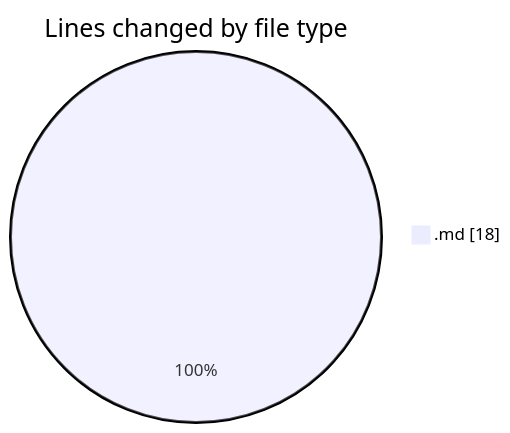
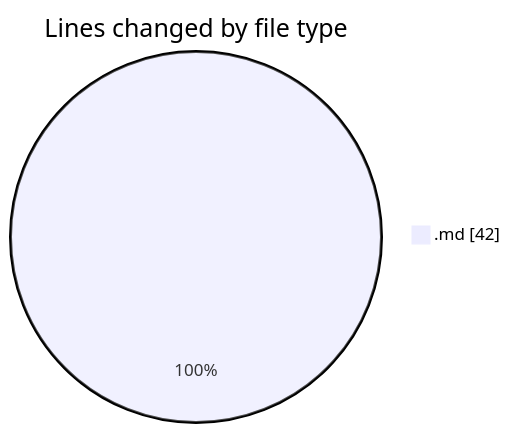
Before and after one commit to EIIisD/code-tracking: the first of 2 diagrams in 2025-07-30/ellis-donovan/README.md, drawn with Mermaid. The commit also changed other lines of this file and 1 other file, not shown here.

````diff
--- a/2025-07-30/ellis-donovan/README.md
+++ b/2025-07-30/ellis-donovan/README.md
@@ -20,5 +25,5 @@
 ```mermaid
 pie showData
 title Lines changed by file type
-".md" : 18
+".md" : 42
 ```
````
